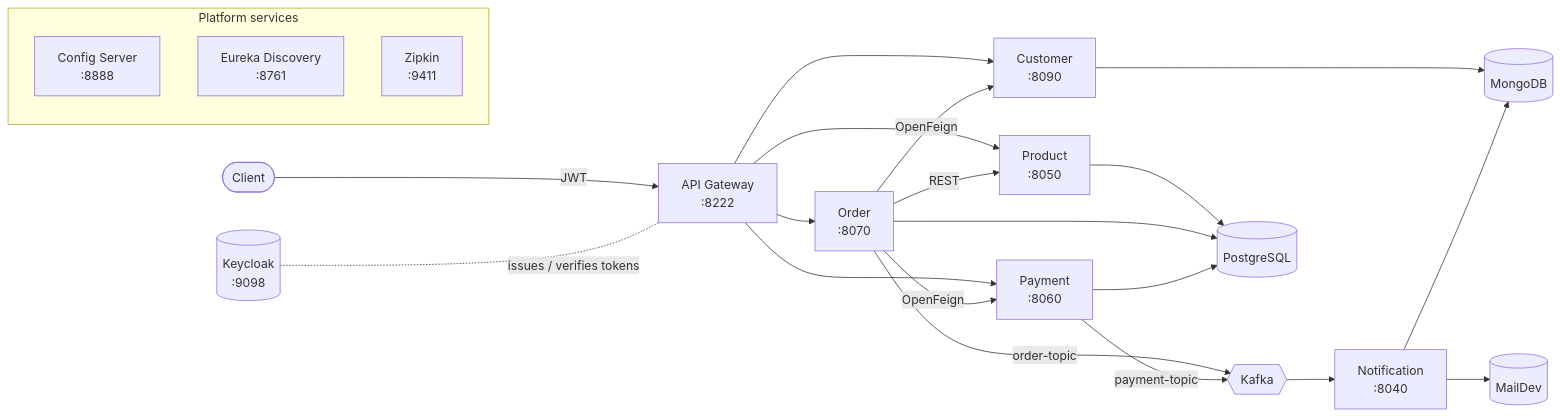
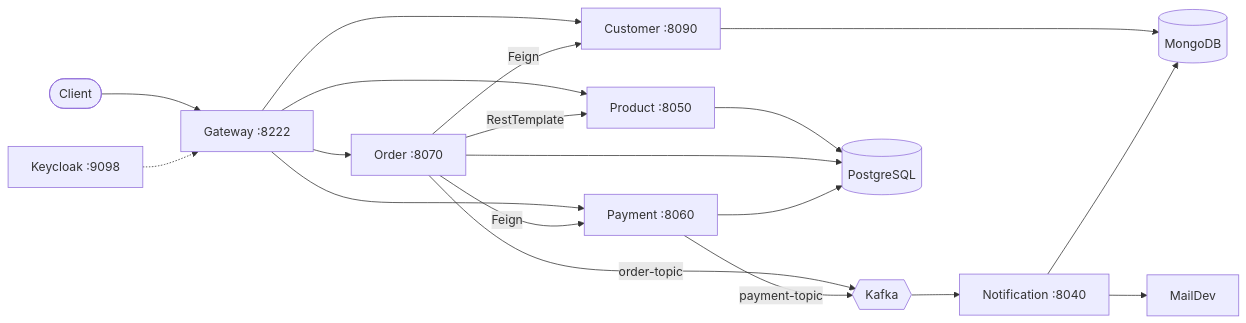
Before and after one commit to ayoub-essarghini/shopflow: the diagram in README.md, drawn with Mermaid. The commit also changed other lines of this file, not shown here.

````diff
--- a/README.md
+++ b/README.md
@@ -41,31 +12,25 @@
 ```mermaid
 flowchart LR
-    client([Client]) -->|JWT| gw[API Gateway<br/>:8222]
-    kc[(Keycloak<br/>:9098)] -. issues / verifies tokens .- gw
+    client([Client]) --> gw[Gateway :8222]
+    kc[Keycloak :9098] -.-> gw
 
-    gw --> customer[Customer<br/>:8090]
-    gw --> product[Product<br/>:8050]
-    gw --> order[Order<br/>:8070]
-    gw --> payment[Payment<br/>:8060]
+    gw --> customer[Customer :8090]
+    gw --> product[Product :8050]
+    gw --> order[Order :8070]
+    gw --> payment[Payment :8060]
 
-    order -- OpenFeign --> customer
-    order -- REST --> product
-    order -- OpenFeign --> payment
+    order -- Feign --> customer
+    order -- RestTemplate --> product
+    order -- Feign --> payment
 
     order -- order-topic --> kafka{{Kafka}}
     payment -- payment-topic --> kafka
-    kafka --> notification[Notification<br/>:8040]
-    notification --> mail[(MailDev)]
+    kafka --> notification[Notification :8040]
+    notification --> mail[MailDev]
 
     customer --> mongo[(MongoDB)]
     notification --> mongo
     product --> pg[(PostgreSQL)]
     order --> pg
     payment --> pg
-
-    subgraph platform[Platform services]
-        config[Config Server<br/>:8888]
-        eureka[Eureka Discovery<br/>:8761]
-        zipkin[Zipkin<br/>:9411]
-    end
 ```
````
